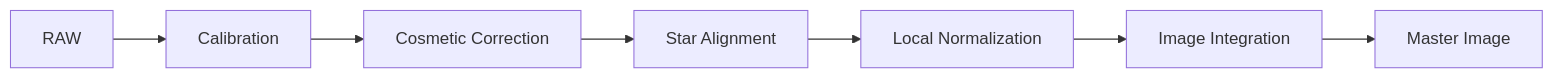
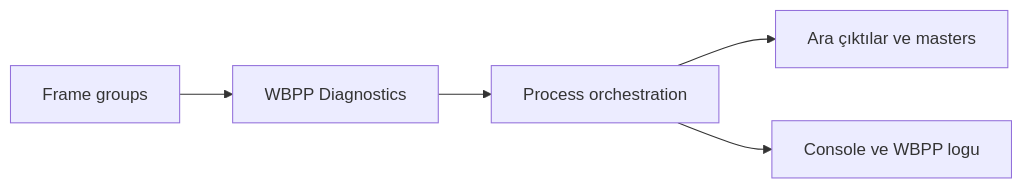
The first of 2 diagrams in docs/03-kalibrasyon/wbpp.md (esenbaytekin/PixInsight-Master-Guide), drawn with Mermaid before and after one commit. The commit also changed other lines of this file and 11 other files, not shown here.

````diff
--- a/docs/03-kalibrasyon/wbpp.md
+++ b/docs/03-kalibrasyon/wbpp.md
@@ -16,9 +16,7 @@
 ```mermaid
 flowchart LR
- RAW["RAW"] --> CAL["Calibration"]
- CAL --> CC["Cosmetic Correction"]
- CC --> SA["Star Alignment"]
- SA --> LN["Local Normalization"]
- LN --> II["Image Integration"]
- II --> MASTER["Master Image"]
+    inputs["Frame groups"] --> diagnostics["WBPP Diagnostics"]
+    diagnostics --> orchestration["Process orchestration"]
+    orchestration --> outputs["Ara çıktılar ve masters"]
+    orchestration --> logs["Console ve WBPP logu"]
 ```
````
